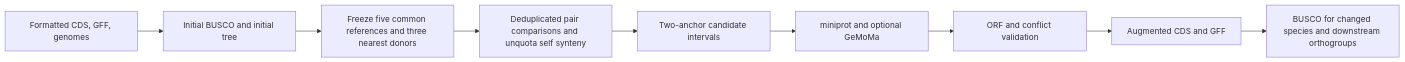
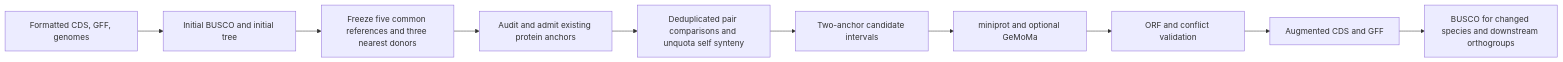
The diagram in docs/gene-model-rescue.md (kfuku52/genegalleon), drawn with Mermaid before and after one commit. The commit also changed other lines of this file and 26 other files, not shown here.

````diff
--- a/docs/gene-model-rescue.md
+++ b/docs/gene-model-rescue.md
@@ -8,11 +13,12 @@
 ```mermaid
 flowchart LR
   A[Formatted CDS, GFF, genomes] --> B[Initial BUSCO and initial tree]
   B --> C[Freeze five common references and three nearest donors]
-  C --> D[Deduplicated pair comparisons and unquota self synteny]
+  C --> J[Audit and admit existing protein anchors]
+  J --> D[Deduplicated pair comparisons and unquota self synteny]
   D --> E[Two-anchor candidate intervals]
   E --> F[miniprot and optional GeMoMa]
   F --> G[ORF and conflict validation]
   G --> H[Augmented CDS and GFF]
   H --> I[BUSCO for changed species and downstream orthogroups]
 ```
````
